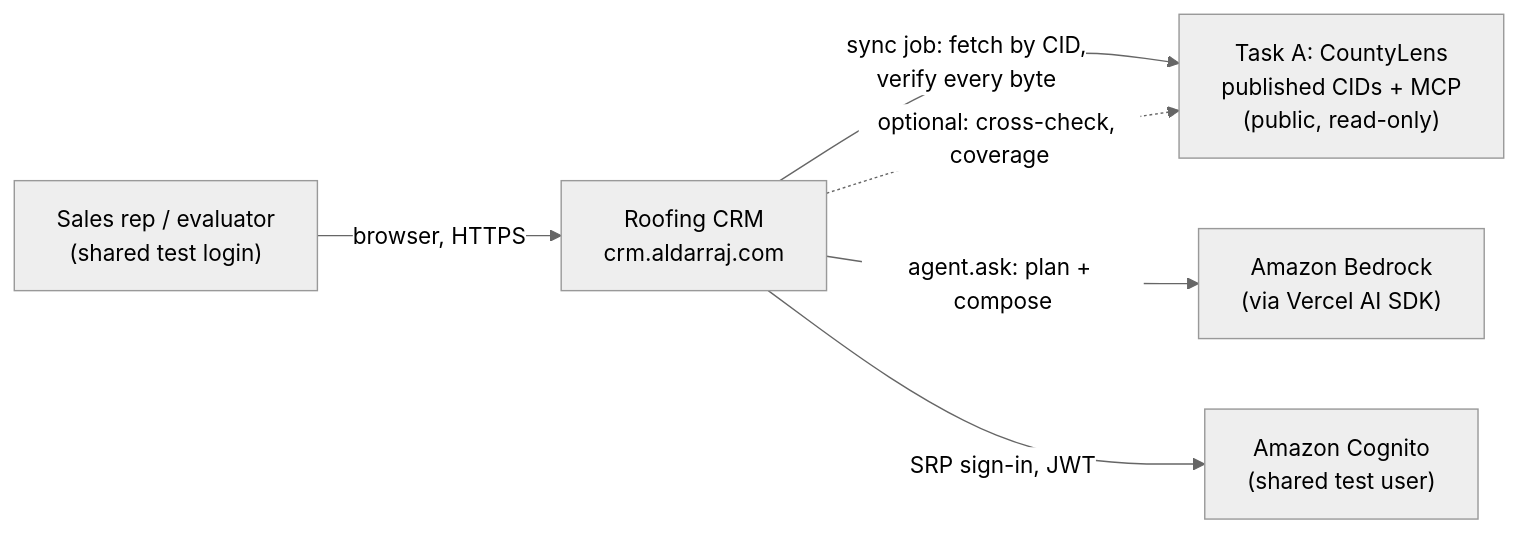
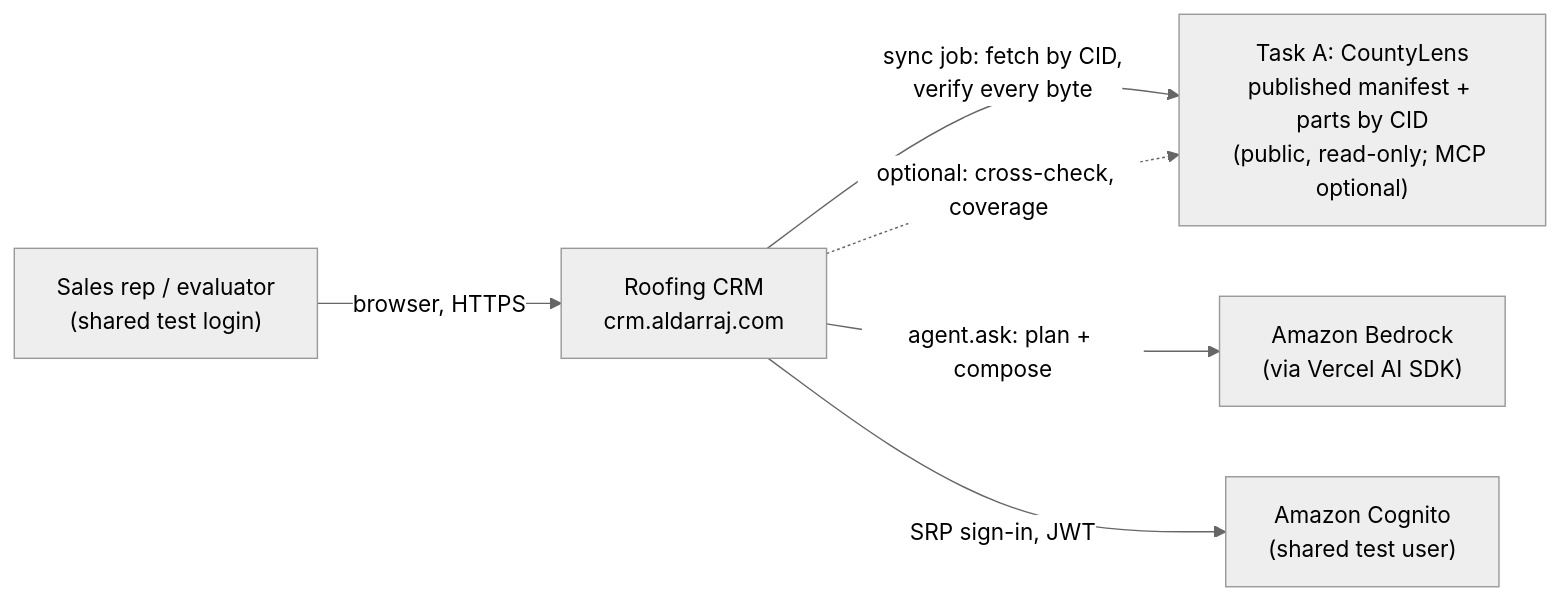
Before and after one commit to HebaGaber/roofing-crm: the first of 4 diagrams in docs/architecture-constitution.md, drawn with Mermaid (neutral theme). The commit also changed other lines of this file and 19 other files, not shown here.

First line of the commit message:
B-09: docs -- the CRM reads Task A's published data directly by manifest CID

````diff
--- a/docs/architecture-constitution.md
+++ b/docs/architecture-constitution.md
@@ -34,14 +34,14 @@
 ```mermaid
 flowchart LR
   REP["Sales rep / evaluator\n(shared test login)"]
   CRM["Roofing CRM\ncrm.aldarraj.com"]
-  TASKA["Task A: CountyLens\npublished CIDs + MCP\n(public, read-only)"]
+  TASKA["Task A: CountyLens\npublished manifest + parts by CID\n(public, read-only; MCP optional)"]
   BEDROCK["Amazon Bedrock\n(via Vercel AI SDK)"]
   COG["Amazon Cognito\n(shared test user)"]
 
   REP -->|"browser, HTTPS"| CRM
   CRM -->|"sync job: fetch by CID,\nverify every byte"| TASKA
   CRM -->|"agent.ask: plan + compose"| BEDROCK
   CRM -->|"SRP sign-in, JWT"| COG
   CRM -.->|"optional: cross-check, coverage"| TASKA
 ```
````
